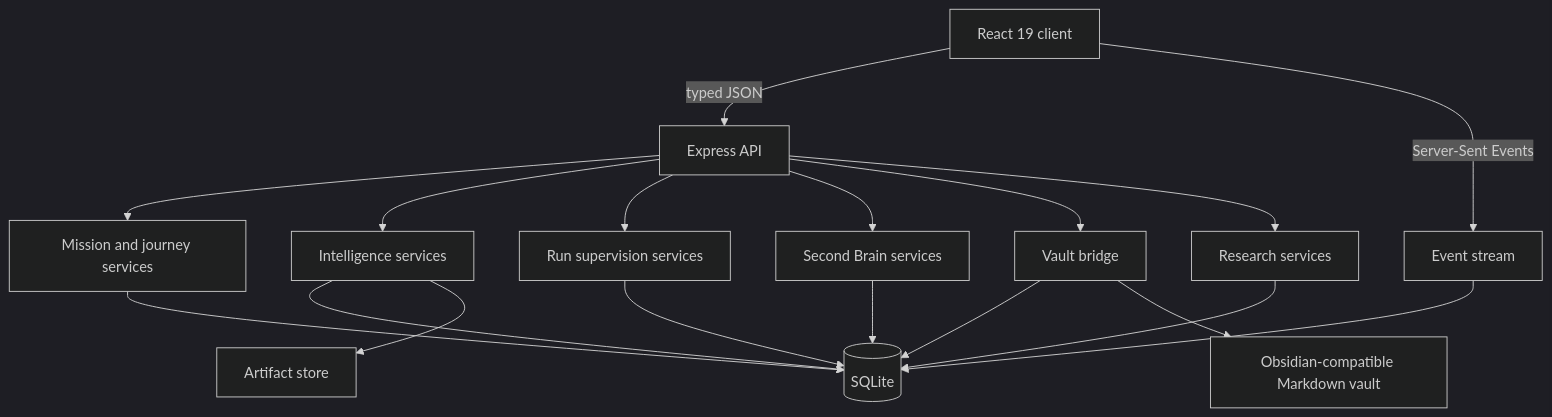
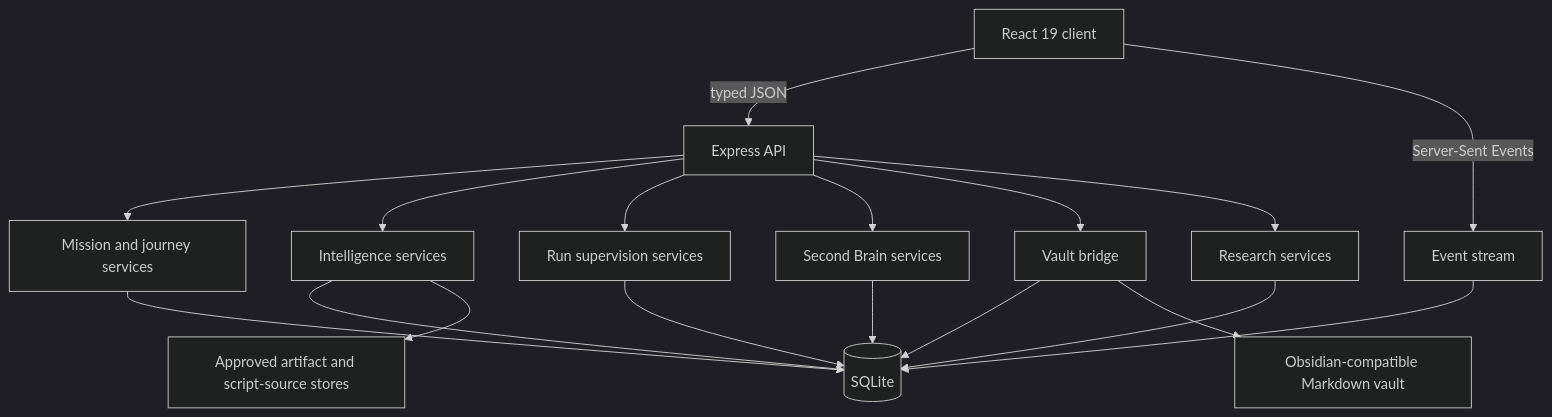
One commit to moeyahia/ti-scale changed the diagram in docs/architecture.md. Above: the diagram before and after it, drawn with Mermaid (dark theme). The commit also changed other lines of this file and 1475 other files, not shown here.

````diff
--- a/docs/architecture.md
+++ b/docs/architecture.md
@@ -19,20 +19,20 @@
 ```mermaid
 flowchart TD
     B[React 19 client] -->|typed JSON| A[Express API]
     B -->|Server-Sent Events| E[Event stream]
     A --> M[Mission and journey services]
     A --> I[Intelligence services]
     A --> R[Run supervision services]
     A --> S[Second Brain services]
     A --> V[Vault bridge]
     A --> L[Research services]
     M --> D[(SQLite)]
     I --> D
     R --> D
     S --> D
     L --> D
     E --> D
     V --> D
     V --> O[Obsidian-compatible Markdown vault]
-    I --> F[Artifact store]
+    I --> F[Approved artifact and script-source stores]
 ```
````
